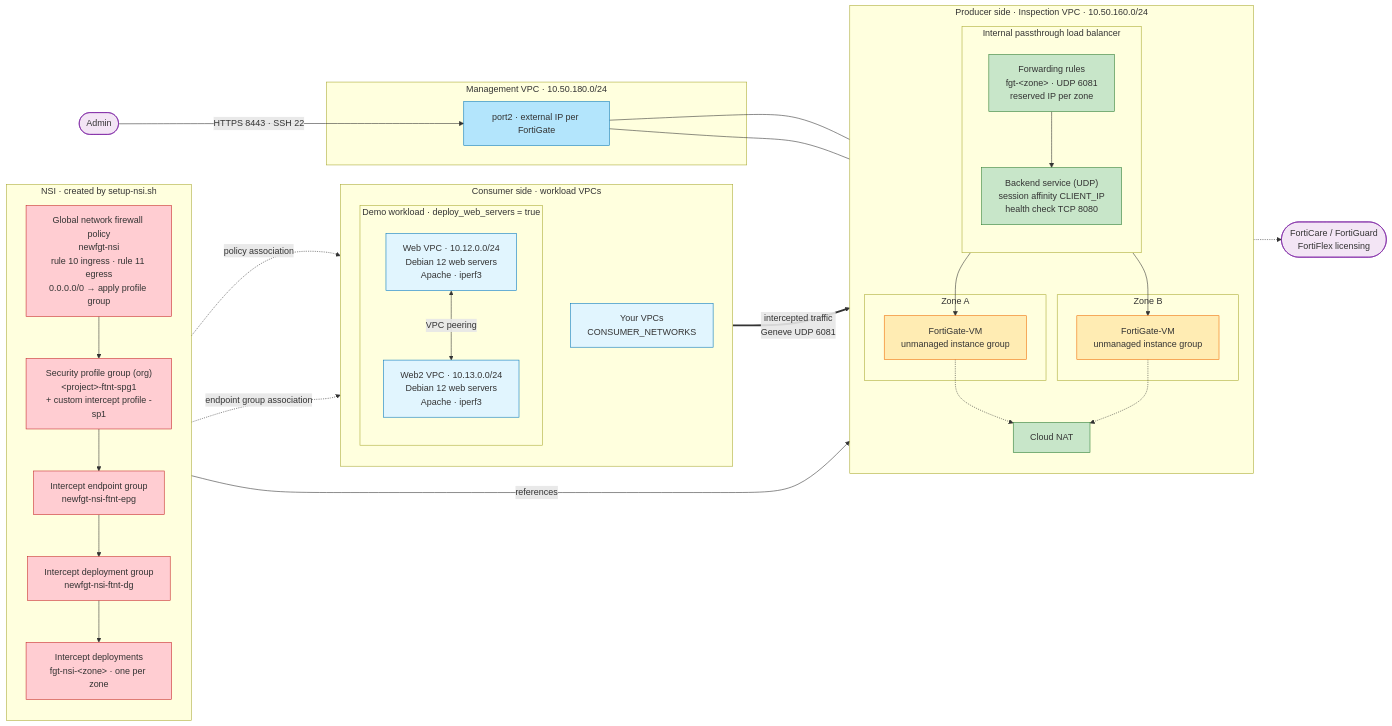
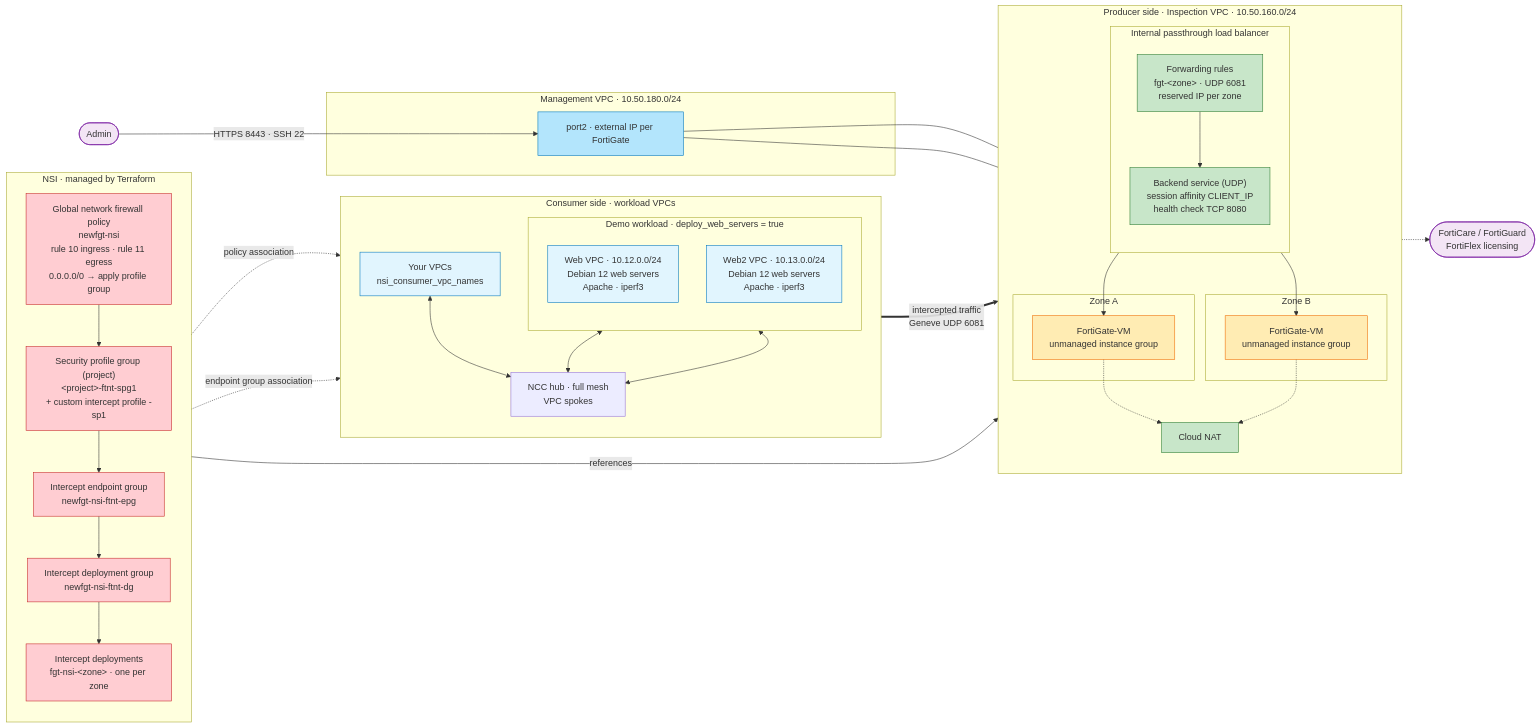
The diagram in architecture-diagram.mmd (fortidg/gcp-nsi-umig), drawn with Mermaid before and after one commit. The commit also changed 18 other files, not shown here.

Commit message:
removed shell scripts.  Now all NSI resources are deployed with Terraform.

```diff
--- a/architecture-diagram.mmd
+++ b/architecture-diagram.mmd
@@ -1,82 +1,85 @@
 flowchart LR
     %% FortiGate NSI on GCP. One FortiGate, unmanaged instance group, forwarding
     %% rule and intercept deployment is created per zone in var.zones; two zones
     %% are shown. Names assume the default prefix "fgt-nsi".
 
     subgraph CONSUMER["Consumer side · workload VPCs"]
         direction TB
         subgraph DEMO["Demo workload · deploy_web_servers = true"]
             direction TB
             WEB["Web VPC · 10.12.0.0/24<br/>Debian 12 web servers<br/>Apache · iperf3"]
             WEB2["Web2 VPC · 10.13.0.0/24<br/>Debian 12 web servers<br/>Apache · iperf3"]
-            WEB <-->|VPC peering| WEB2
         end
-        OWN["Your VPCs<br/>CONSUMER_NETWORKS"]
+        OWN["Your VPCs<br/>nsi_consumer_vpc_names"]
+        NCC["NCC hub · full mesh<br/>VPC spokes"]
+        WEB <--> NCC
+        WEB2 <--> NCC
+        OWN <--> NCC
     end
 
-    subgraph NSI["NSI · created by setup-nsi.sh"]
+    subgraph NSI["NSI · managed by Terraform"]
         direction TB
         FWP["Global network firewall policy<br/>newfgt-nsi<br/>rule 10 ingress · rule 11 egress<br/>0.0.0.0/0 → apply profile group"]
-        SPG["Security profile group (org)<br/>&lt;project&gt;-ftnt-spg1<br/>+ custom intercept profile -sp1"]
+        SPG["Security profile group (project)<br/>&lt;project&gt;-ftnt-spg1<br/>+ custom intercept profile -sp1"]
         EPG["Intercept endpoint group<br/>newfgt-nsi-ftnt-epg"]
         DG["Intercept deployment group<br/>newfgt-nsi-ftnt-dg"]
         DEP["Intercept deployments<br/>fgt-nsi-&lt;zone&gt; · one per zone"]
         FWP --> SPG --> EPG --> DG --> DEP
     end
 
     subgraph PRODUCER["Producer side · Inspection VPC · 10.50.160.0/24"]
         direction TB
         subgraph LB["Internal passthrough load balancer"]
             direction TB
             FR["Forwarding rules<br/>fgt-&lt;zone&gt; · UDP 6081<br/>reserved IP per zone"]
             BES["Backend service (UDP)<br/>session affinity CLIENT_IP<br/>health check TCP 8080"]
             FR --> BES
         end
         subgraph ZA["Zone A"]
             FGT_A["FortiGate-VM<br/>unmanaged instance group"]
         end
         subgraph ZB["Zone B"]
             FGT_B["FortiGate-VM<br/>unmanaged instance group"]
         end
         NAT["Cloud NAT"]
         BES --> FGT_A
         BES --> FGT_B
     end
 
     subgraph MGMT["Management VPC · 10.50.180.0/24"]
         MGMT_NET["port2 · external IP per FortiGate"]
     end
 
     ADMIN(["Admin"])
     FORTICARE(["FortiCare / FortiGuard<br/>FortiFlex licensing"])
 
-    %% Associations made per VPC by setup-nsi.sh
+    %% Associations managed per consumer VPC by Terraform
     FWP -. "policy association" .-> CONSUMER
     EPG -. "endpoint group association" .-> CONSUMER
     DEP -->|references| FR
 
     %% Intercepted traffic
     CONSUMER ==>|"intercepted traffic<br/>Geneve UDP 6081"| FR
 
     %% Management and egress
     ADMIN -->|"HTTPS 8443 · SSH 22"| MGMT_NET
     MGMT_NET --- FGT_A
     MGMT_NET --- FGT_B
     FGT_A -.-> NAT
     FGT_B -.-> NAT
     NAT -.-> FORTICARE
 
     %% Styling
     classDef ext fill:#f3e5f5,stroke:#7b1fa2
     classDef fgt fill:#ffecb3,stroke:#ef6c00
     classDef lb fill:#c8e6c9,stroke:#2e7d32
     classDef nsi fill:#ffcdd2,stroke:#c62828
     classDef workload fill:#e1f5fe,stroke:#0277bd
     classDef net fill:#b3e5fc,stroke:#0277bd
 
     class ADMIN,FORTICARE ext
     class FGT_A,FGT_B fgt
     class FR,BES,NAT lb
     class FWP,SPG,EPG,DG,DEP nsi
     class WEB,WEB2,OWN workload
     class MGMT_NET net
```
